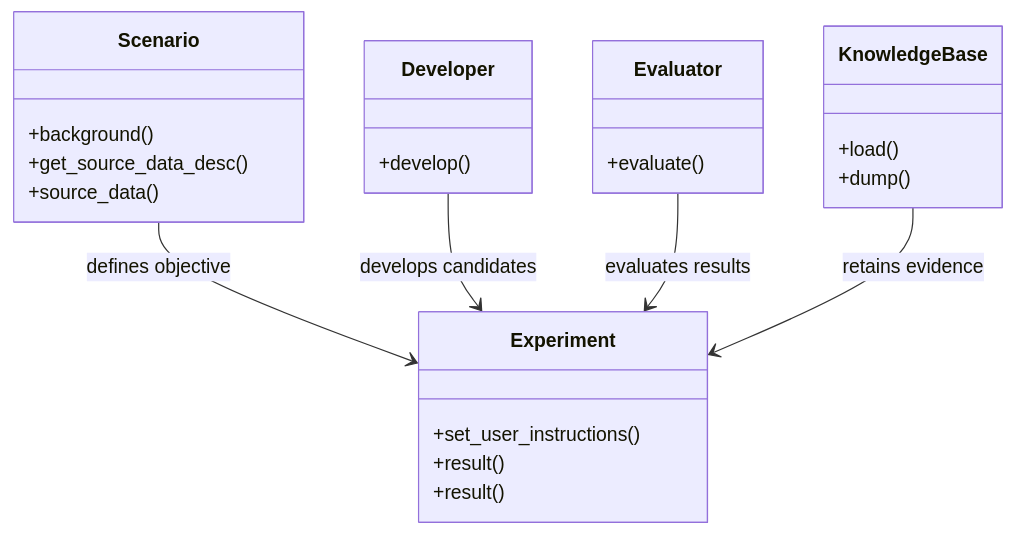
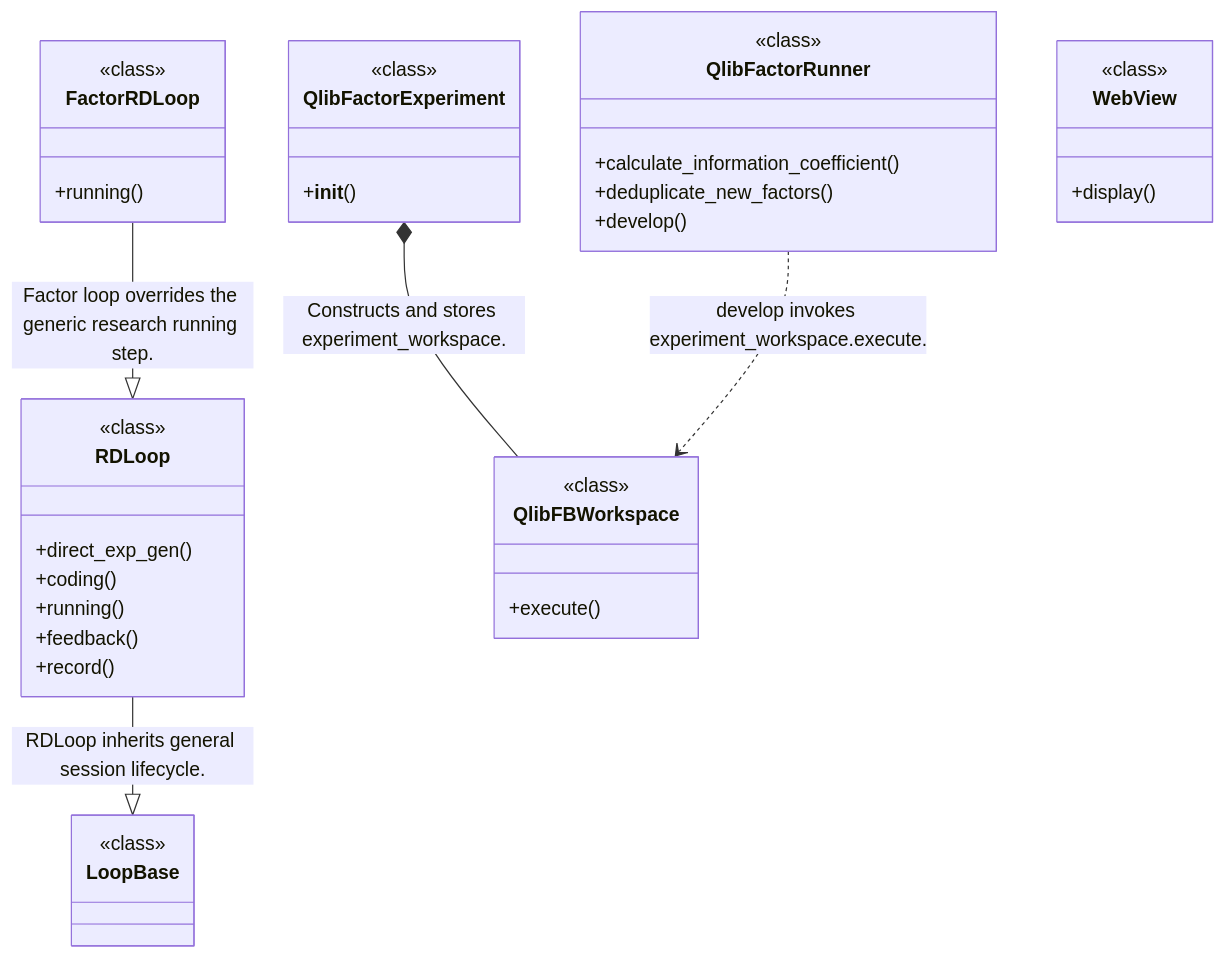
One commit to alexcwyu/RD-Agent changed the second of 4 diagrams in docs/ayu-develop.md. Above: the diagram before and after it, drawn with Mermaid. The commit also changed other lines of this file and 7 other files, not shown here.

Commit message:
docs: standardize source-reviewed system guides and offline diagrams

````diff
--- a/docs/ayu-develop.md
+++ b/docs/ayu-develop.md
@@ -35,27 +96,40 @@
 ```mermaid
 classDiagram
-    class Scenario {
-        +background()
-        +get_source_data_desc()
-        +source_data()
-    }
-    class Experiment {
-        +set_user_instructions()
-        +result()
-        +result()
-    }
-    class Developer {
-        +develop()
-    }
-    class Evaluator {
-        +evaluate()
-    }
-    class KnowledgeBase {
-        +load()
-        +dump()
-    }
-    Scenario --> Experiment : defines objective
-    Developer --> Experiment : develops candidates
-    Evaluator --> Experiment : evaluates results
-    KnowledgeBase --> Experiment : retains evidence
+  class N0["RDLoop"] {
+    <<class>>
+    +direct_exp_gen()
+    +coding()
+    +running()
+    +feedback()
+    +record()
+  }
+  class N1["FactorRDLoop"] {
+    <<class>>
+    +running()
+  }
+  class N2["QlibFactorRunner"] {
+    <<class>>
+    +calculate_information_coefficient()
+    +deduplicate_new_factors()
+    +develop()
+  }
+  class N3["QlibFBWorkspace"] {
+    <<class>>
+    +execute()
+  }
+  class N4["QlibFactorExperiment"] {
+    <<class>>
+    +__init__()
+  }
+  class N5["LoopBase"] {
+    <<class>>
+  }
+  class N6["WebView"] {
+    <<class>>
+    +display()
+  }
+  N1 --|> N0 : Factor loop overrides the generic research running step.
+  N0 --|> N5 : RDLoop inherits general session lifecycle.
+  N4 *-- N3 : Constructs and stores experiment_workspace.
+  N2 ..> N3 : develop invokes experiment_workspace.execute.
 ```
````
